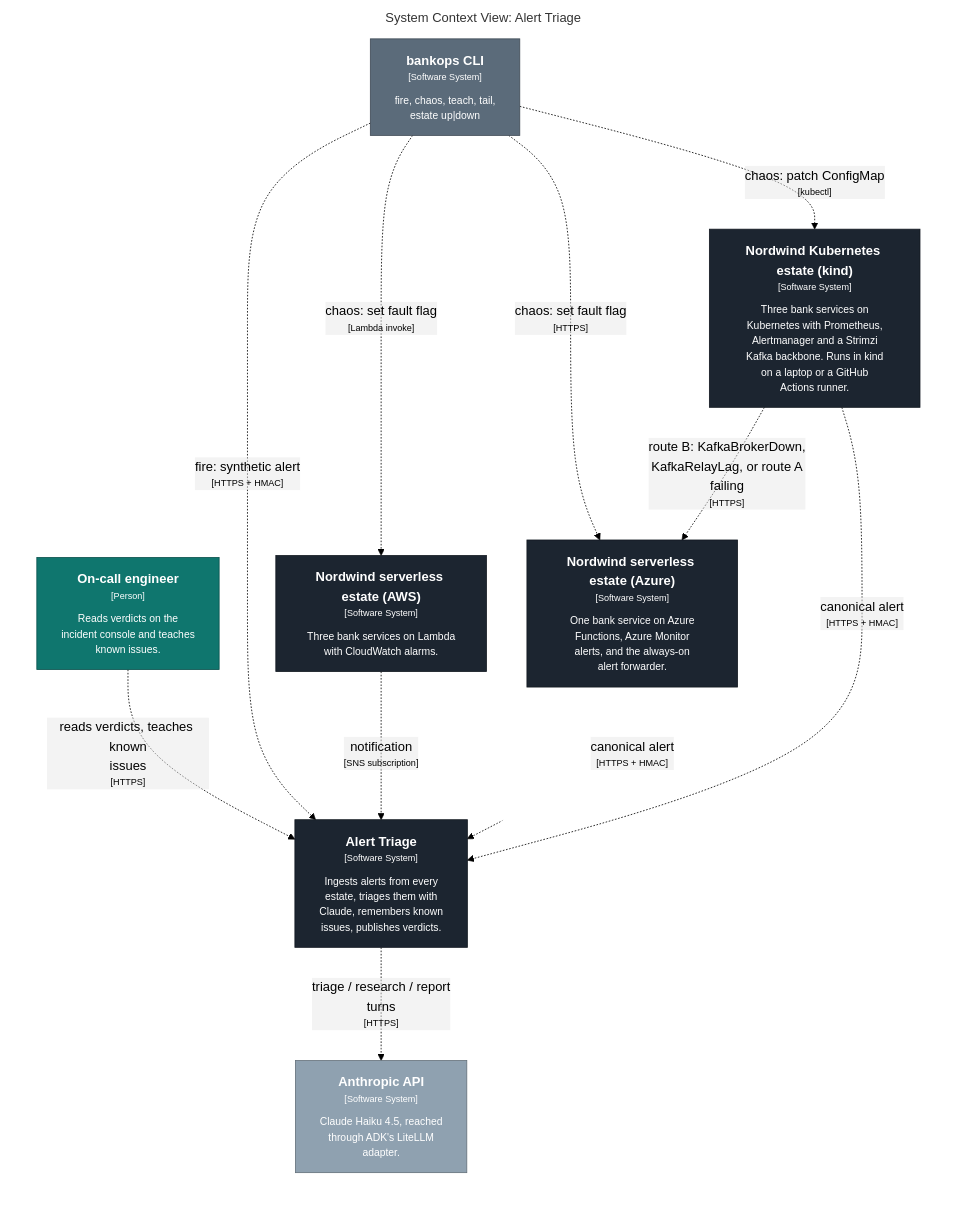
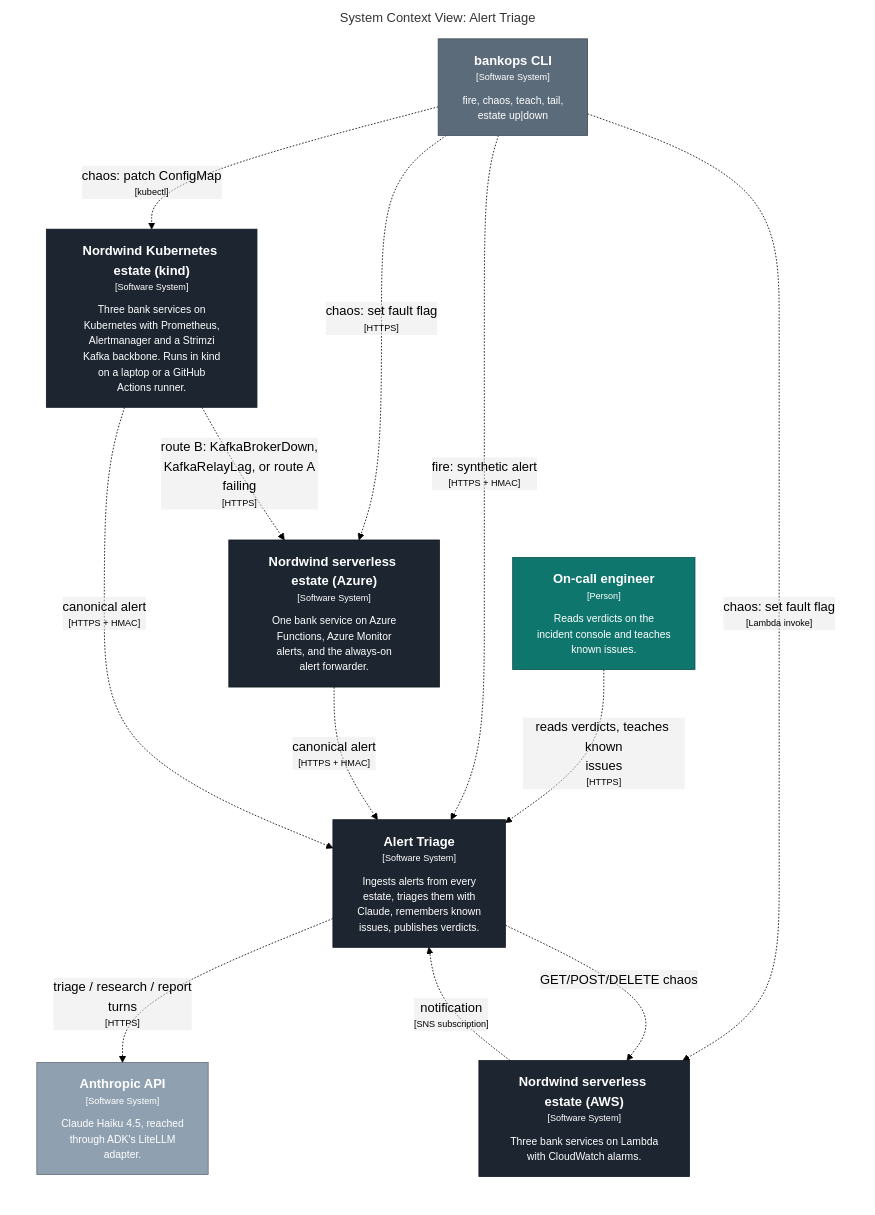
One commit to KucherenkoSerhiy/oncall-triage changed the first of 5 diagrams in docs/c4/generated/README.md. Above: the diagram before and after it, drawn with Mermaid (forest theme). The commit also changed other lines of this file and 36 other files, not shown here.

First line of the commit message:
feat(bank-aws): M4 AWS bank estate - payments/ledger/auth Lambdas with switchable faults, bank-faults control plane via the console API, six CloudWatch alarms into the spine, bankops chaos (#33)

````diff
--- a/docs/c4/generated/README.md
+++ b/docs/c4/generated/README.md
@@ -7,35 +7,36 @@
 ```mermaid
 graph LR
   linkStyle default fill:#ffffff
 
   subgraph diagram ["System Context View: Alert Triage"]
     style diagram fill:#ffffff,stroke:#ffffff
 
     1["<div style='font-weight: bold'>On-call engineer</div><div style='font-size: 70%; margin-top: 0px'>[Person]</div><div style='font-size: 80%; margin-top:10px'>Reads verdicts on the<br />incident console and teaches<br />known issues.</div>"]
     style 1 fill:#0f766e,stroke:#0a524d,color:#ffffff
     20["<div style='font-weight: bold'>Nordwind serverless estate (AWS)</div><div style='font-size: 70%; margin-top: 0px'>[Software System]</div><div style='font-size: 80%; margin-top:10px'>Three bank services on Lambda<br />with CloudWatch alarms.</div>"]
     style 20 fill:#1c2530,stroke:#131921,color:#ffffff
-    25["<div style='font-weight: bold'>Nordwind serverless estate (Azure)</div><div style='font-size: 70%; margin-top: 0px'>[Software System]</div><div style='font-size: 80%; margin-top:10px'>One bank service on Azure<br />Functions, Azure Monitor<br />alerts, and the always-on<br />alert forwarder.</div>"]
-    style 25 fill:#1c2530,stroke:#131921,color:#ffffff
-    29["<div style='font-weight: bold'>Nordwind Kubernetes estate (kind)</div><div style='font-size: 70%; margin-top: 0px'>[Software System]</div><div style='font-size: 80%; margin-top:10px'>Three bank services on<br />Kubernetes with Prometheus,<br />Alertmanager and a Strimzi<br />Kafka backbone. Runs in kind<br />on a laptop or a GitHub<br />Actions runner.</div>"]
-    style 29 fill:#1c2530,stroke:#131921,color:#ffffff
+    27["<div style='font-weight: bold'>Nordwind serverless estate (Azure)</div><div style='font-size: 70%; margin-top: 0px'>[Software System]</div><div style='font-size: 80%; margin-top:10px'>One bank service on Azure<br />Functions, Azure Monitor<br />alerts, and the always-on<br />alert forwarder.</div>"]
+    style 27 fill:#1c2530,stroke:#131921,color:#ffffff
     3["<div style='font-weight: bold'>Anthropic API</div><div style='font-size: 70%; margin-top: 0px'>[Software System]</div><div style='font-size: 80%; margin-top:10px'>Claude Haiku 4.5, reached<br />through ADK's LiteLLM<br />adapter.</div>"]
     style 3 fill:#8fa1b0,stroke:#64707b,color:#ffffff
+    31["<div style='font-weight: bold'>Nordwind Kubernetes estate (kind)</div><div style='font-size: 70%; margin-top: 0px'>[Software System]</div><div style='font-size: 80%; margin-top:10px'>Three bank services on<br />Kubernetes with Prometheus,<br />Alertmanager and a Strimzi<br />Kafka backbone. Runs in kind<br />on a laptop or a GitHub<br />Actions runner.</div>"]
+    style 31 fill:#1c2530,stroke:#131921,color:#ffffff
     4["<div style='font-weight: bold'>bankops CLI</div><div style='font-size: 70%; margin-top: 0px'>[Software System]</div><div style='font-size: 80%; margin-top:10px'>fire, chaos, teach, tail,<br />estate up|down</div>"]
     style 4 fill:#5b6b7a,stroke:#3f4a55,color:#ffffff
     5["<div style='font-weight: bold'>Alert Triage</div><div style='font-size: 70%; margin-top: 0px'>[Software System]</div><div style='font-size: 80%; margin-top:10px'>Ingests alerts from every<br />estate, triages them with<br />Claude, remembers known<br />issues, publishes verdicts.</div>"]
     style 5 fill:#1c2530,stroke:#131921,color:#ffffff
 
     1-. "<div>reads verdicts, teaches known<br />issues</div><div style='font-size: 70%'>[HTTPS]</div>" .->5
     4-. "<div>fire: synthetic alert</div><div style='font-size: 70%'>[HTTPS + HMAC]</div>" .->5
     4-. "<div>chaos: set fault flag</div><div style='font-size: 70%'>[Lambda invoke]</div>" .->20
-    4-. "<div>chaos: set fault flag</div><div style='font-size: 70%'>[HTTPS]</div>" .->25
-    4-. "<div>chaos: patch ConfigMap</div><div style='font-size: 70%'>[kubectl]</div>" .->29
+    4-. "<div>chaos: set fault flag</div><div style='font-size: 70%'>[HTTPS]</div>" .->27
+    4-. "<div>chaos: patch ConfigMap</div><div style='font-size: 70%'>[kubectl]</div>" .->31
     20-. "<div>notification</div><div style='font-size: 70%'>[SNS subscription]</div>" .->5
-    25-. "<div>canonical alert</div><div style='font-size: 70%'>[HTTPS + HMAC]</div>" .->5
-    29-. "<div>canonical alert</div><div style='font-size: 70%'>[HTTPS + HMAC]</div>" .->5
-    29-. "<div>route B: KafkaBrokerDown,<br />KafkaRelayLag, or route A<br />failing</div><div style='font-size: 70%'>[HTTPS]</div>" .->25
+    5-. "<div>GET/POST/DELETE chaos</div><div style='font-size: 70%'></div>" .->20
+    27-. "<div>canonical alert</div><div style='font-size: 70%'>[HTTPS + HMAC]</div>" .->5
+    31-. "<div>canonical alert</div><div style='font-size: 70%'>[HTTPS + HMAC]</div>" .->5
+    31-. "<div>route B: KafkaBrokerDown,<br />KafkaRelayLag, or route A<br />failing</div><div style='font-size: 70%'>[HTTPS]</div>" .->27
     5-. "<div>triage / research / report<br />turns</div><div style='font-size: 70%'>[HTTPS]</div>" .->3
 
   end
 ```
````
